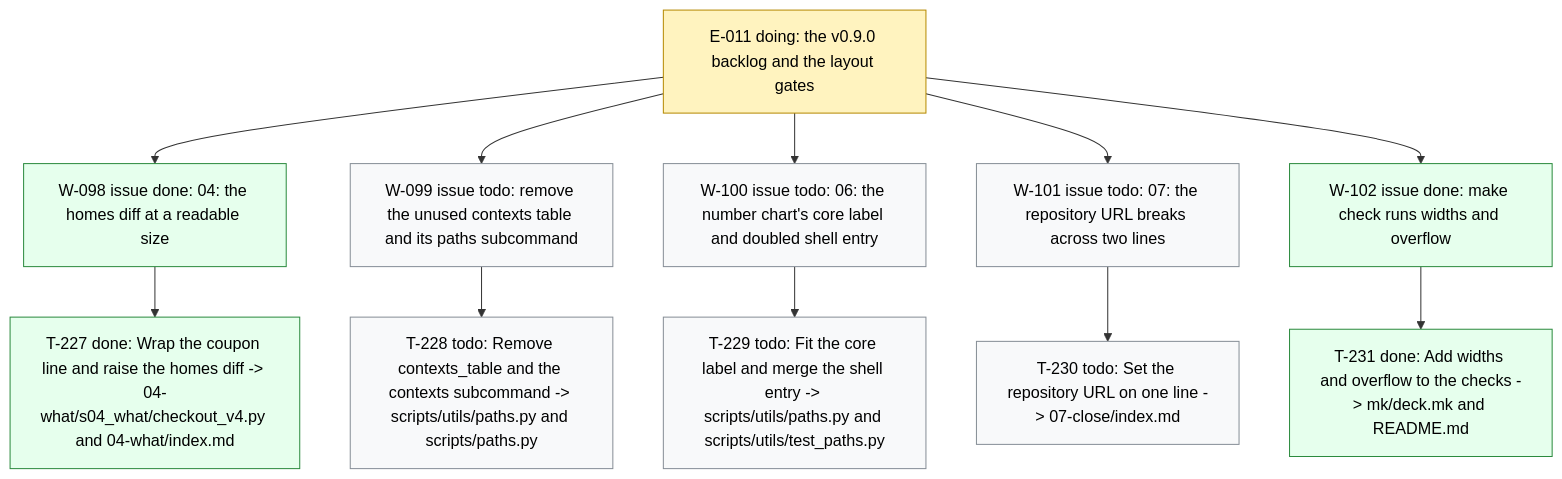
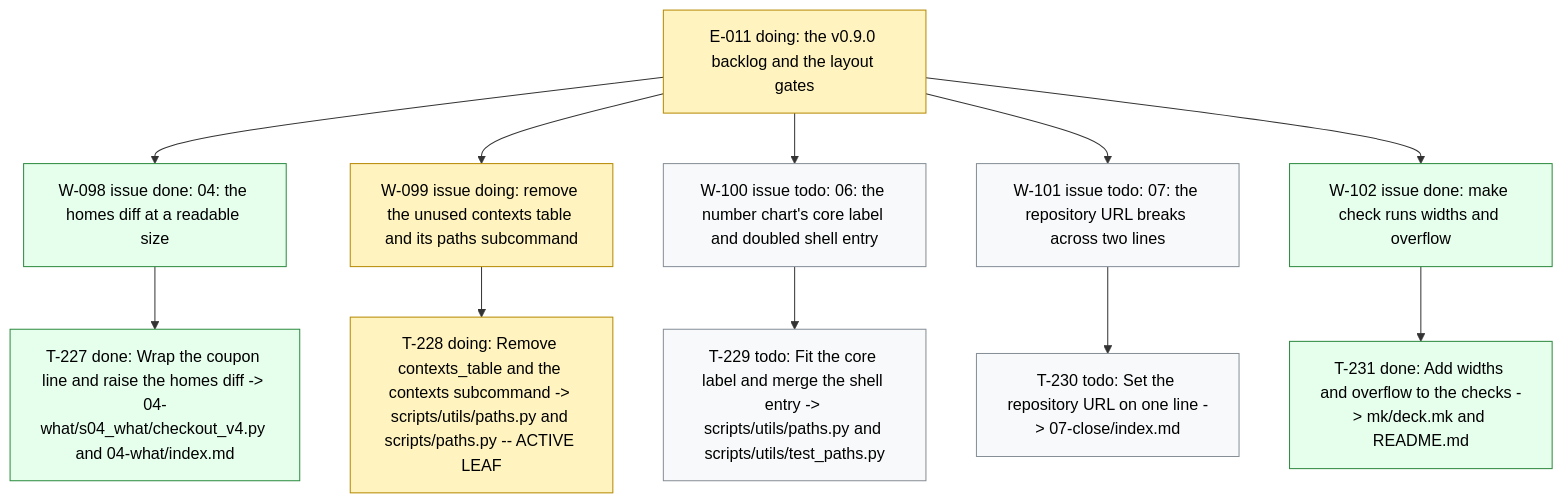
Before and after one commit to dpopchev/chaos-to-simple: the diagram in .board/BOARD.md, drawn with Mermaid. The commit also changed other lines of this file and 2 other files, not shown here.

Commit message:
chore(board): activate W-099, start T-228
Refs: W-099 T-228

````diff
--- a/.board/BOARD.md
+++ b/.board/BOARD.md
@@ -594,22 +594,22 @@
 ```mermaid
 flowchart TD
   E011["E-011 doing: the v0.9.0 backlog and the layout gates"]
   E011 --> W098["W-098 issue done: 04: the homes diff at a readable size"]
   W098 --> T227["T-227 done: Wrap the coupon line and raise the homes diff -> 04-what/s04_what/checkout_v4.py and 04-what/index.md"]
-  E011 --> W099["W-099 issue todo: remove the unused contexts table and its paths subcommand"]
-  W099 --> T228["T-228 todo: Remove contexts_table and the contexts subcommand -> scripts/utils/paths.py and scripts/paths.py"]
+  E011 --> W099["W-099 issue doing: remove the unused contexts table and its paths subcommand"]
+  W099 --> T228["T-228 doing: Remove contexts_table and the contexts subcommand -> scripts/utils/paths.py and scripts/paths.py -- ACTIVE LEAF"]
   E011 --> W100["W-100 issue todo: 06: the number chart's core label and doubled shell entry"]
   W100 --> T229["T-229 todo: Fit the core label and merge the shell entry -> scripts/utils/paths.py and scripts/utils/test_paths.py"]
   E011 --> W101["W-101 issue todo: 07: the repository URL breaks across two lines"]
   W101 --> T230["T-230 todo: Set the repository URL on one line -> 07-close/index.md"]
   E011 --> W102["W-102 issue done: make check runs widths and overflow"]
   W102 --> T231["T-231 done: Add widths and overflow to the checks -> mk/deck.mk and README.md"]
   classDef doing fill:#fff3bf,stroke:#b58900,color:#000;
   classDef blocked fill:#ffe3e3,stroke:#c92a2a,color:#000;
   classDef done fill:#e6ffed,stroke:#2b8a3e,color:#000;
   classDef todo fill:#f8f9fa,stroke:#868e96,color:#000;
   classDef pruned fill:#f1f3f5,stroke:#adb5bd,color:#000;
-  class E011 doing
+  class E011,W099,T228 doing
   class W098,T227,W102,T231 done
-  class W099,T228,W100,T229,W101,T230 todo
+  class W100,T229,W101,T230 todo
 ```
````
